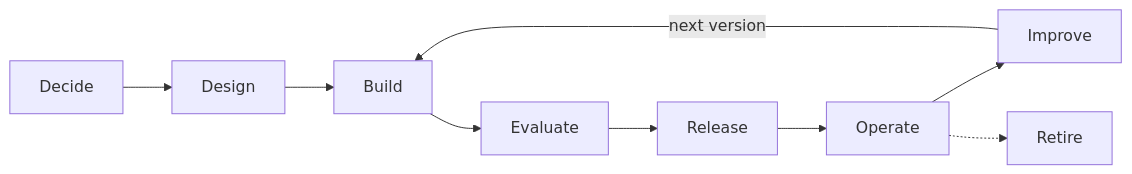
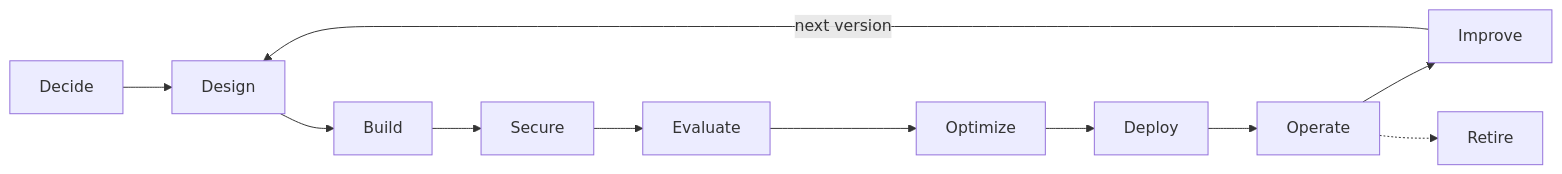
The diagram in course/md/01.md (sbittla/building-agentic-ai), drawn with Mermaid before and after one commit. The commit also changed other lines of this file and 10 other files, not shown here.

First line of the commit message:
Edition readiness, part 3: signature frameworks and architecture decisions

````diff
--- a/course/md/01.md
+++ b/course/md/01.md
@@ -270,6 +270,6 @@
 ```mermaid
 flowchart LR
-  A[Decide] --> B[Design] --> C[Build] --> D[Evaluate] --> E[Release] --> F[Operate] --> G[Improve]
-  G -->|next version| C
-  F -.-> H[Retire]
+  Z[Decide] --> A[Design] --> B[Build] --> C[Secure] --> D[Evaluate] --> E[Optimize] --> F[Deploy] --> G[Operate] --> H[Improve]
+  H -->|next version| A
+  G -.-> R[Retire]
 ```
````
